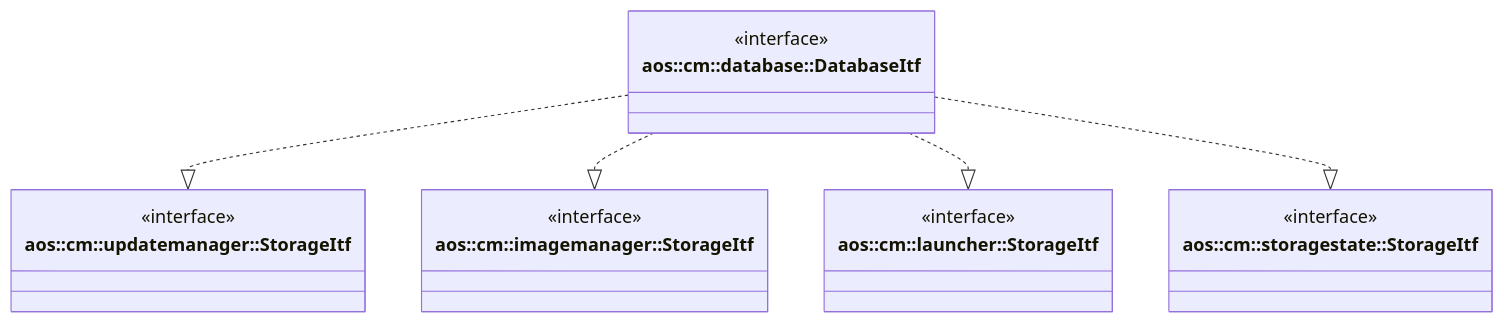
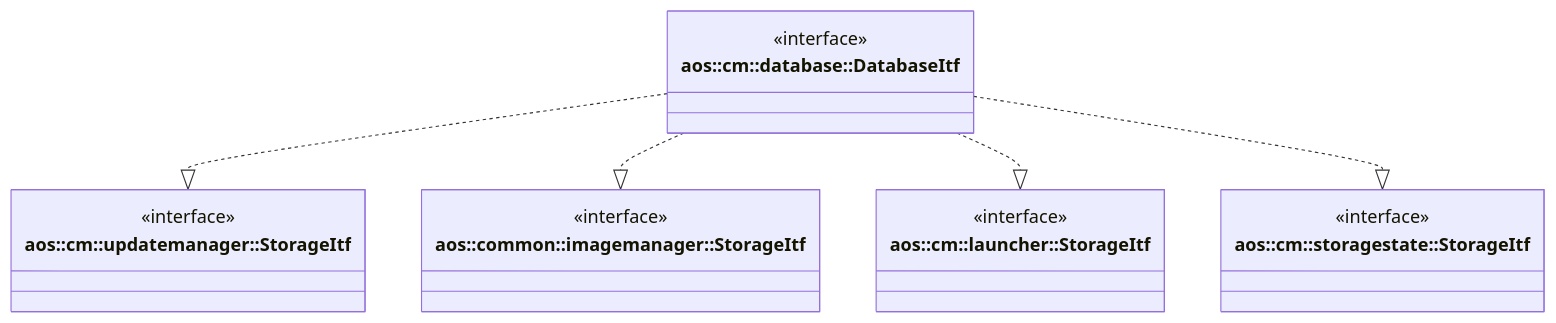
The diagram in src/core/cm/database/database.md (aosedge/aos_core_lib_cpp), drawn with Mermaid before and after one commit. The commit also changed other lines of this file and 1 other file, not shown here.

Commit message:
cm: database: use common image manager storage

````diff
--- a/src/core/cm/database/database.md
+++ b/src/core/cm/database/database.md
@@ -11,27 +11,27 @@
 ```mermaid
 classDiagram
     class DatabaseItf ["aos::cm::database::DatabaseItf"] {
         <<interface>>
     }
 
     class UpdateManagerStorageItf ["aos::cm::updatemanager::StorageItf"] {
         <<interface>>
     }
 
-    class ImageManagerStorageItf ["aos::cm::imagemanager::StorageItf"] {
+    class ImageManagerStorageItf ["aos::common::imagemanager::StorageItf"] {
         <<interface>>
     }
 
     class LauncherStorageItf ["aos::cm::launcher::StorageItf"] {
         <<interface>>
     }
 
     class StorageStateStorageItf ["aos::cm::storagestate::StorageItf"] {
         <<interface>>
     }
 
     DatabaseItf ..|> UpdateManagerStorageItf
     DatabaseItf ..|> ImageManagerStorageItf
     DatabaseItf ..|> LauncherStorageItf
     DatabaseItf ..|> StorageStateStorageItf
 ```
````
